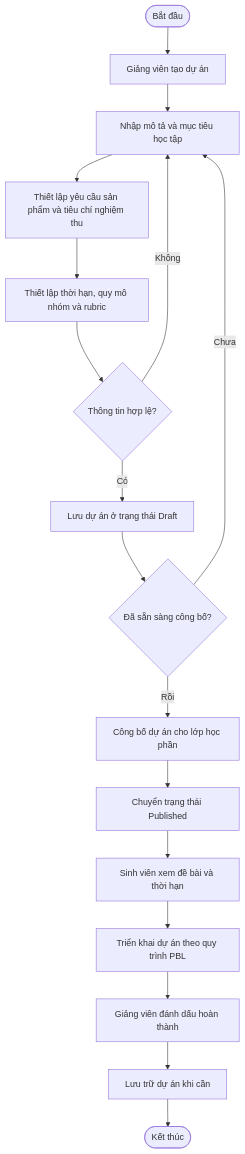
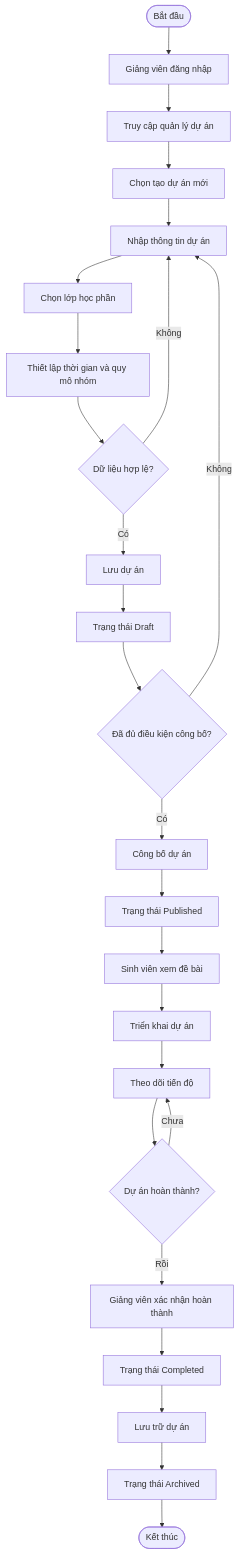
Before and after one commit to nguyenminhthien140906-dot/CNPM: the diagram in docs/FE04-project-management.md, drawn with Mermaid. The commit also changed other lines of this file, not shown here.

````diff
--- a/docs/FE04-project-management.md
+++ b/docs/FE04-project-management.md
@@ -187,19 +279,27 @@
 ```mermaid
 flowchart TD
-    A([Bắt đầu]) --> B[Giảng viên tạo dự án]
-    B --> C[Nhập mô tả và mục tiêu học tập]
-    C --> D[Thiết lập yêu cầu sản phẩm và tiêu chí nghiệm thu]
-    D --> E[Thiết lập thời hạn, quy mô nhóm và rubric]
-    E --> F{Thông tin hợp lệ?}
-    F -->|Không| C
-    F -->|Có| G[Lưu dự án ở trạng thái Draft]
-    G --> H{Đã sẵn sàng công bố?}
-    H -->|Chưa| C
-    H -->|Rồi| I[Công bố dự án cho lớp học phần]
-    I --> J[Chuyển trạng thái Published]
-    J --> K[Sinh viên xem đề bài và thời hạn]
-    K --> L[Triển khai dự án theo quy trình PBL]
-    L --> M[Giảng viên đánh dấu hoàn thành]
-    M --> N[Lưu trữ dự án khi cần]
-    N --> O([Kết thúc])
+    A([Bắt đầu]) --> B[Giảng viên đăng nhập]
+    B --> C[Truy cập quản lý dự án]
+    C --> D[Chọn tạo dự án mới]
+    D --> E[Nhập thông tin dự án]
+    E --> F[Chọn lớp học phần]
+    F --> G[Thiết lập thời gian và quy mô nhóm]
+    G --> H{Dữ liệu hợp lệ?}
+    H -->|Không| E
+    H -->|Có| I[Lưu dự án]
+    I --> J[Trạng thái Draft]
+    J --> K{Đã đủ điều kiện công bố?}
+    K -->|Không| E
+    K -->|Có| L[Công bố dự án]
+    L --> M[Trạng thái Published]
+    M --> N[Sinh viên xem đề bài]
+    N --> O[Triển khai dự án]
+    O --> P[Theo dõi tiến độ]
+    P --> Q{Dự án hoàn thành?}
+    Q -->|Chưa| P
+    Q -->|Rồi| R[Giảng viên xác nhận hoàn thành]
+    R --> S[Trạng thái Completed]
+    S --> T[Lưu trữ dự án]
+    T --> U[Trạng thái Archived]
+    U --> V([Kết thúc])
 ```
````
